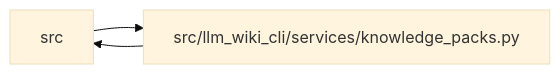
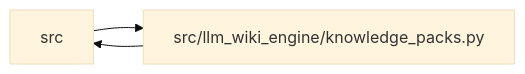
Before and after one commit to Denissvgn/python-wiki-llm: the diagram in docs/llm_wiki/modules/knowledge_packs.md, drawn with Mermaid (base theme). The commit also changed other lines of this file and 1058 other files, not shown here.

First line of the commit message:
docs: refresh the wiki for the knowledge store move

````diff
--- a/docs/llm_wiki/modules/knowledge_packs.md
+++ b/docs/llm_wiki/modules/knowledge_packs.md
@@ -33,8 +33,8 @@
 ```mermaid
 flowchart LR
     n0["src"]
-    n1["src/llm_wiki_cli/services/knowledge_packs.py"]
+    n1["src/llm_wiki_engine/knowledge_packs.py"]
     n0 --> n1
     n1 --> n0
     click n1 "../modules/knowledge_packs.md"
 ```
````
